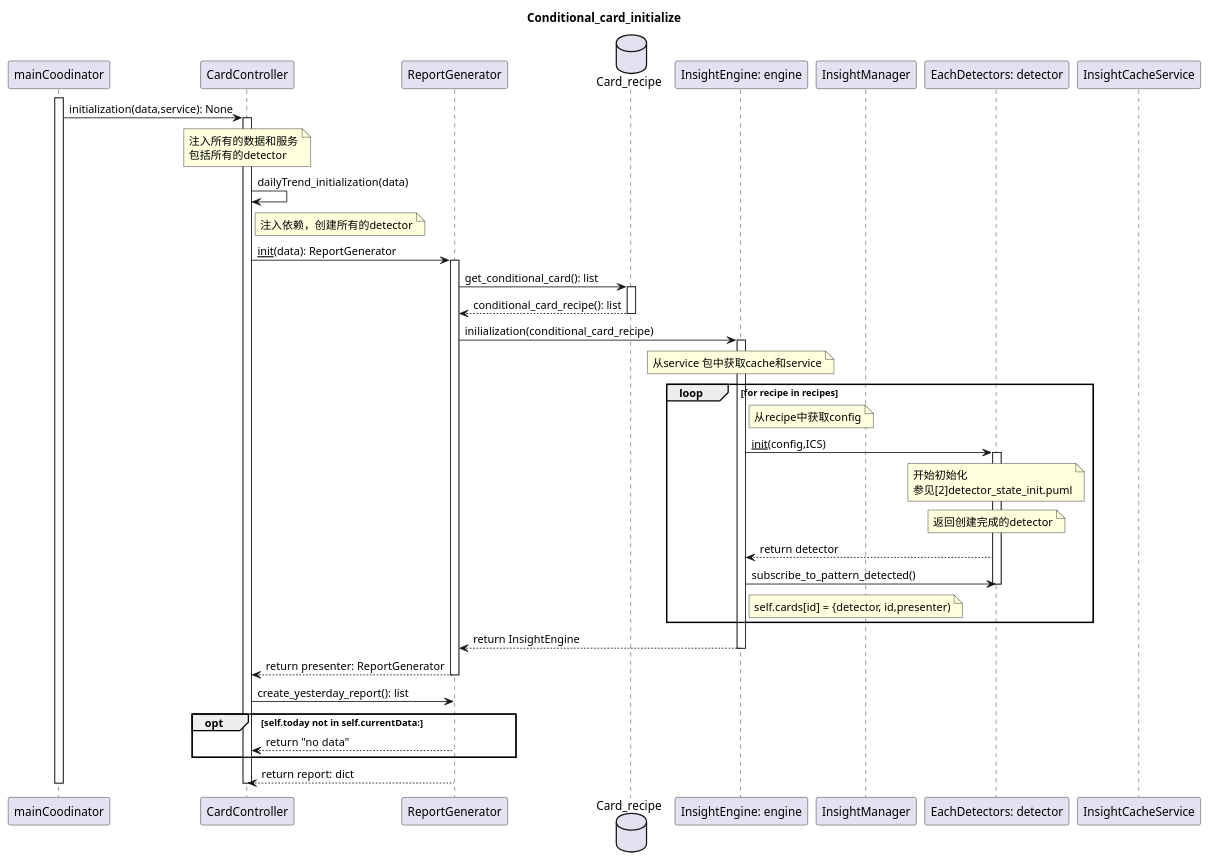
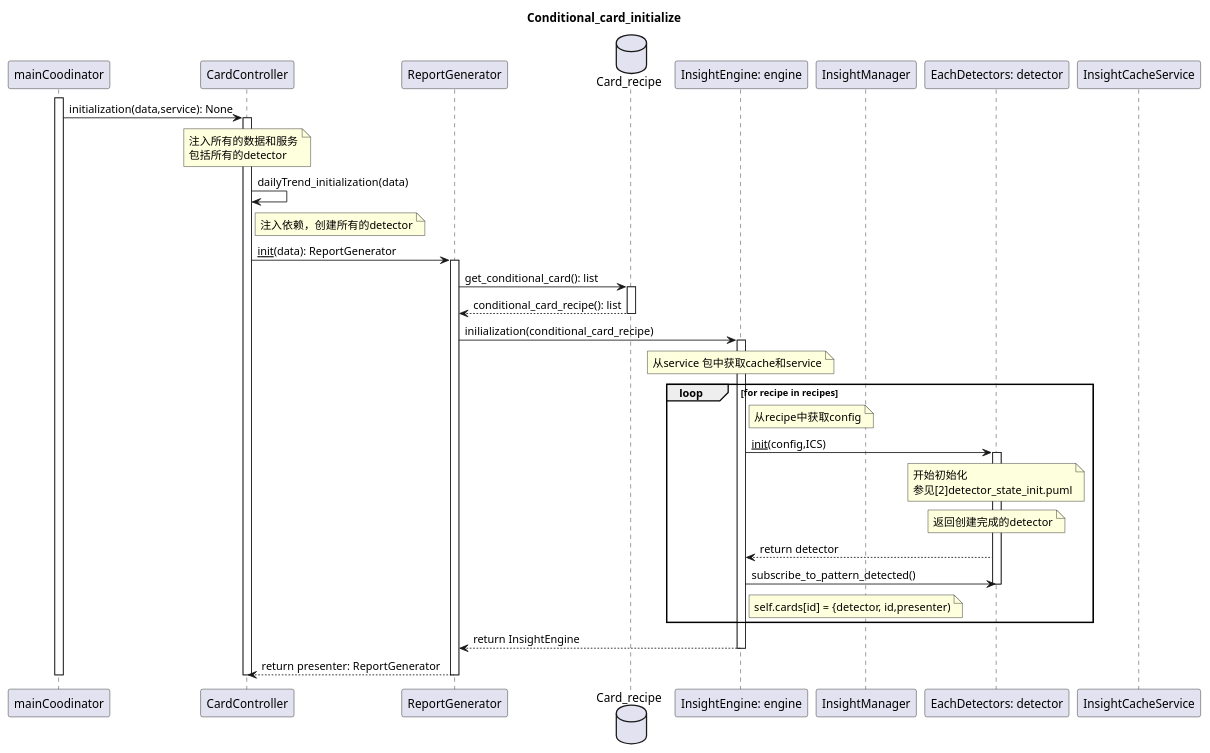
Before and after one commit to 67-68/Time-Integrator: the diagram in documents/umls/[1]conditional_card_init.puml, drawn with PlantUML. The commit also changed 31 other files, not shown here.

```diff
--- a/documents/umls/[1]conditional_card_init.puml
+++ b/documents/umls/[1]conditional_card_init.puml
@@ -1,98 +1,82 @@
 @startuml
 title "Conditional_card_initialize"
 
 participant "mainCoodinator" as coodinator
 participant "CardController" as controller
 participant "ReportGenerator" as presenter
 database "Card_recipe" as database
 participant "InsightEngine: engine" as engine
 participant "InsightManager" as manager
 participant "EachDetectors: detector" as detector
 participant "InsightCacheService" as cache
 
 ' 创建Controller
 activate coodinator
 coodinator -> controller: initialization(data,service): None
 note over controller
   注入所有的数据和服务
   包括所有的detector
 end note
 
 activate controller
 controller -> controller: dailyTrend_initialization(data)
 note right of controller: 注入依赖，创建所有的detector
 
 
 
 '' 创建ReportGenerator类
 
 controller -> presenter: __init__(data): ReportGenerator
 activate presenter
 
 '' 获取卡片信息
 presenter -> database: get_conditional_card(): list
 activate database
 database --> presenter: conditional_card_recipe(): list
 deactivate database
 
 '' 把卡片信息输入insightEngine作为依赖
 presenter -> engine: inilialization(conditional_card_recipe)
 activate engine
 
 '' InsightEngine初始化
 ''' 初始化Cache和Service
 note over engine: 从service 包中获取cache和service
 
 ''' 初始化detector
 loop for recipe in recipes
   ' 创建实例
   note right of engine: 从recipe中获取config
   engine -> detector: __init__(config,ICS)
   activate detector
   note over detector
     开始初始化
     参见[2]detector_state_init.puml
   end note
 
   ' 初始化完成，返回变量
   note over detector: 返回创建完成的detector
   detector --> engine: return detector
   
   ' 关注信号
   engine -> detector: subscribe_to_pattern_detected()
   deactivate detector
 
   ' 更新内部变量
   note right of engine: self.cards[id] = {detector, id,presenter)
 end
 
 
 '' InsightEngine创建完成
 engine --> presenter: return InsightEngine
 deactivate engine
 
 '' ReportGenerator创建完成
 presenter --> controller: return presenter: ReportGenerator
 deactivate presenter
 
-'' 开始创建昨天的报告
-controller -> presenter: create_yesterday_report(): list
-
-opt self.today not in self.currentData:
-  presenter --> controller: return "no data"
-end
-
-'' 报告创建完成
-presenter --> controller: return report: dict
-
-''' 创建每日报告
-'我会掠过这一部分，鉴于不是要关注的
-''' 完成创建每日报告
-
-' 开始加载ui
-
 ' UI加载完毕
 deactivate controller
 deactivate coodinator
 
 @enduml
```
